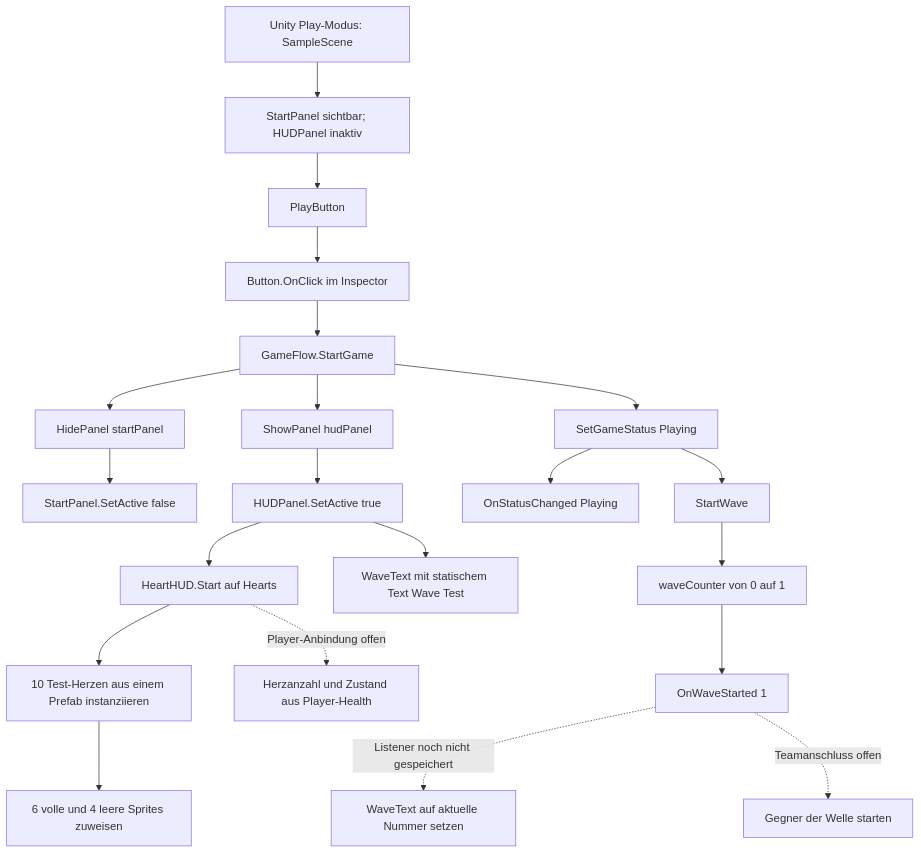
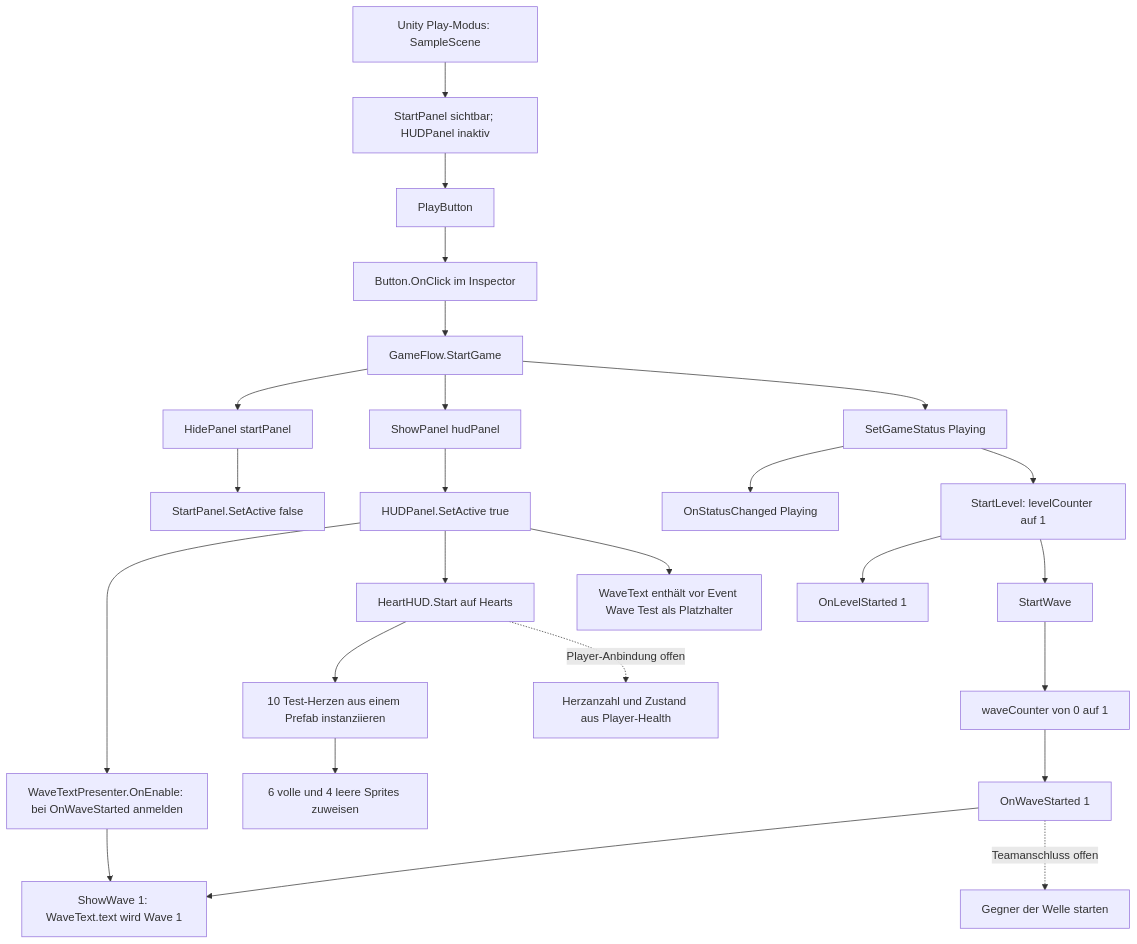
Before and after one commit to Huugway/Impfany: the diagram in Docs/Merlin.md, drawn with Mermaid. The commit also changed other lines of this file, not shown here.

Commit message:
docs: update Merlin overview for verified wave HUD

````diff
--- a/Docs/Merlin.md
+++ b/Docs/Merlin.md
@@ -18,23 +18,27 @@
 ```mermaid
 flowchart TD
     A[Unity Play-Modus: SampleScene] --> B[StartPanel sichtbar; HUDPanel inaktiv]
     B --> C[PlayButton]
     C --> D[Button.OnClick im Inspector]
     D --> E[GameFlow.StartGame]
     E --> F[HidePanel startPanel]
     F --> G[StartPanel.SetActive false]
     E --> H[ShowPanel hudPanel]
     H --> I[HUDPanel.SetActive true]
+    I --> V[WaveTextPresenter.OnEnable: bei OnWaveStarted anmelden]
     I --> J[HeartHUD.Start auf Hearts]
     J --> K[10 Test-Herzen aus einem Prefab instanziieren]
     K --> L[6 volle und 4 leere Sprites zuweisen]
     E --> M[SetGameStatus Playing]
     M --> N[OnStatusChanged Playing]
-    M --> O[StartWave]
+    M --> W[StartLevel: levelCounter auf 1]
+    W --> X[OnLevelStarted 1]
+    W --> O[StartWave]
     O --> P[waveCounter von 0 auf 1]
     P --> Q[OnWaveStarted 1]
-    I --> R[WaveText mit statischem Text Wave Test]
-    Q -. Listener noch nicht gespeichert .-> S[WaveText auf aktuelle Nummer setzen]
+    V --> S[ShowWave 1: WaveText.text wird Wave 1]
+    Q --> S
+    I --> R[WaveText enthält vor Event Wave Test als Platzhalter]
     Q -. Teamanschluss offen .-> T[Gegner der Welle starten]
     J -. Player-Anbindung offen .-> U[Herzanzahl und Zustand aus Player-Health]
 ```
````
